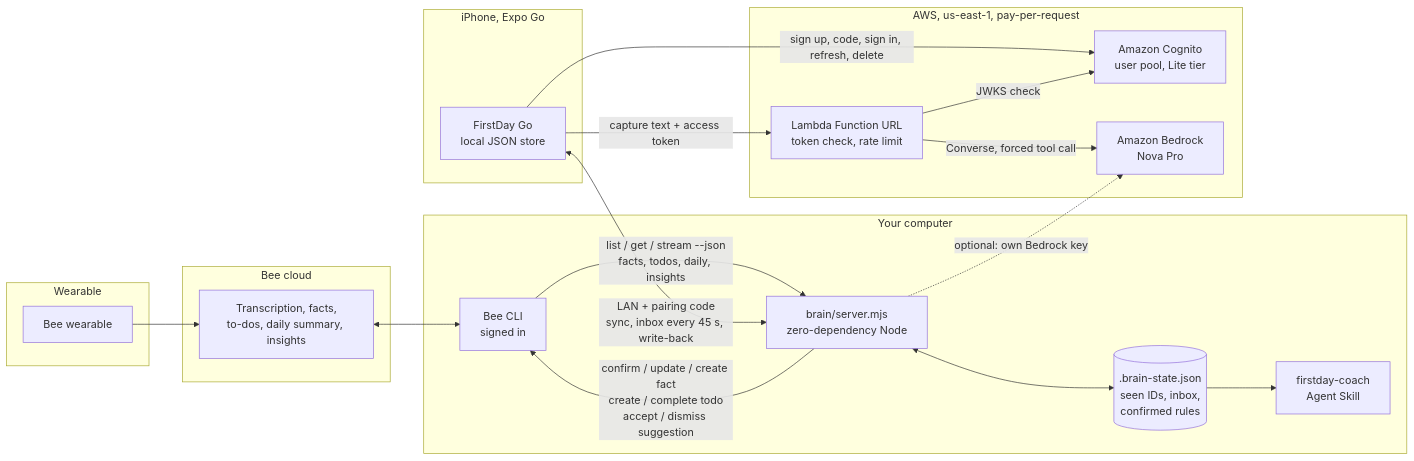
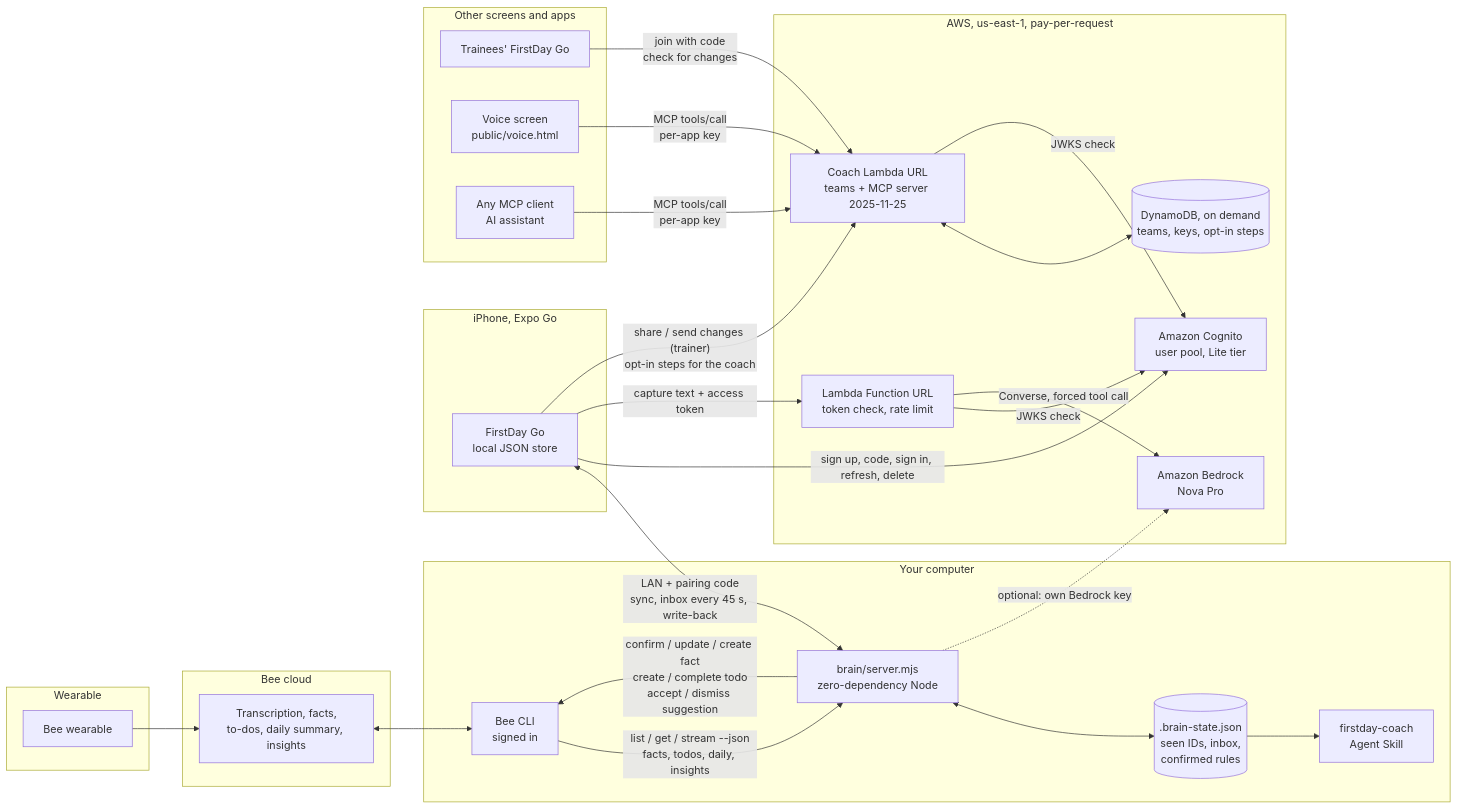
Before and after one commit to foundator779/FirstDay: the diagram in docs/submission/architecture.md, drawn with Mermaid. The commit also changed other lines of this file and 114 other files, not shown here.

````diff
--- a/docs/submission/architecture.md
+++ b/docs/submission/architecture.md
@@ -3,36 +3,49 @@
 ```mermaid
 flowchart LR
   subgraph Wearable
     BEE[Bee wearable]
   end
   subgraph BeeCloud[Bee cloud]
     PROC[Transcription, facts,<br/>to-dos, daily summary, insights]
   end
   subgraph Computer[Your computer]
     CLI[Bee CLI<br/>signed in]
     BRAIN[brain/server.mjs<br/>zero-dependency Node]
     STATE[(.brain-state.json<br/>seen IDs, inbox,<br/>confirmed rules)]
     SKILL[firstday-coach<br/>Agent Skill]
   end
   subgraph Phone[iPhone, Expo Go]
     APP[FirstDay Go<br/>local JSON store]
   end
   subgraph AWS[AWS, us-east-1, pay-per-request]
     COG[Amazon Cognito<br/>user pool, Lite tier]
     URL[Lambda Function URL<br/>token check, rate limit]
     BR[Amazon Bedrock<br/>Nova Pro]
+    COACH[Coach Lambda URL<br/>teams + MCP server 2025-11-25]
+    DDB[(DynamoDB, on demand<br/>teams, keys, opt-in steps)]
+  end
+  subgraph Others[Other screens and apps]
+    TRAINEE[Trainees' FirstDay Go]
+    VOICE[Voice screen<br/>public/voice.html]
+    AGENT[Any MCP client<br/>AI assistant]
   end
 
   BEE --> PROC
   PROC <--> CLI
   CLI -- "list / get / stream --json<br/>facts, todos, daily, insights" --> BRAIN
   BRAIN -- "confirm / update / create fact<br/>create / complete todo<br/>accept / dismiss suggestion" --> CLI
   BRAIN <--> STATE
   STATE --> SKILL
   APP <-- "LAN + pairing code<br/>sync, inbox every 45 s, write-back" --> BRAIN
   APP -- "sign up, code, sign in, refresh, delete" --> COG
   APP -- "capture text + access token" --> URL
   URL -- "JWKS check" --> COG
   URL -- "Converse, forced tool call" --> BR
   BRAIN -. "optional: own Bedrock key" .-> BR
+  APP -- "share / send changes (trainer)<br/>opt-in steps for the coach" --> COACH
+  TRAINEE -- "join with code<br/>check for changes" --> COACH
+  VOICE -- "MCP tools/call<br/>per-app key" --> COACH
+  AGENT -- "MCP tools/call<br/>per-app key" --> COACH
+  COACH <--> DDB
+  COACH -- "JWKS check" --> COG
 ```
````
